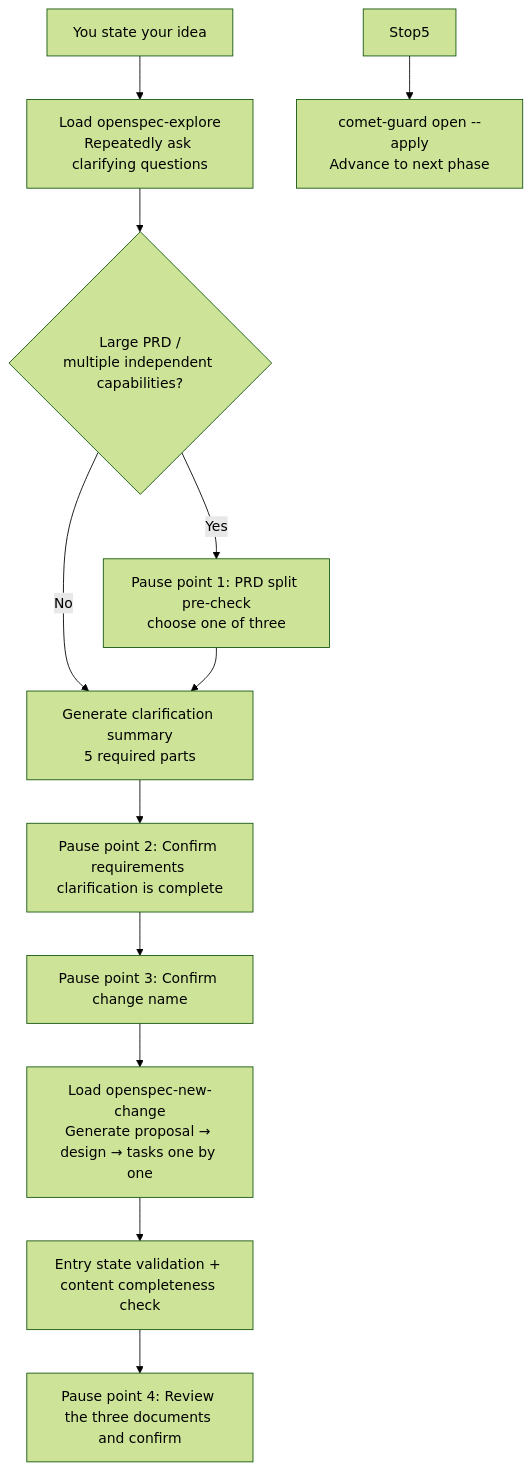
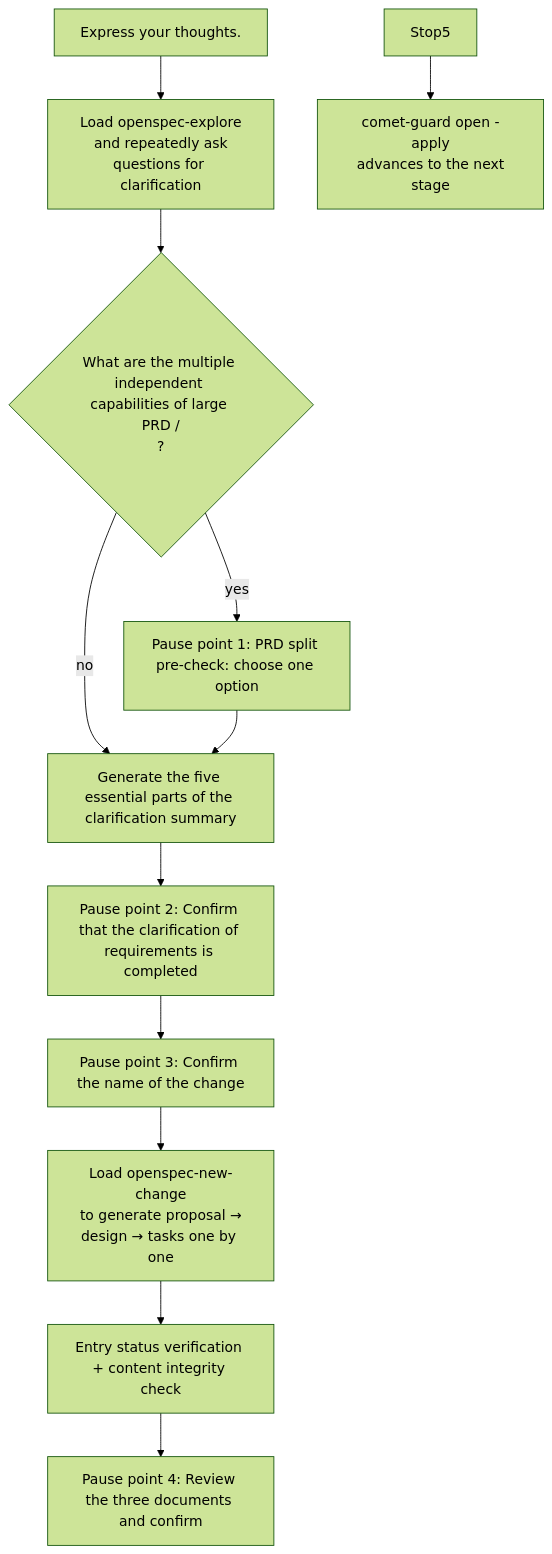
The diagram in en/phases/open.mdx (rpamis/comet-website-docs), drawn with Mermaid (forest theme) before and after one commit. The commit also changed other lines of this file and 158 other files, not shown here.

````diff
--- a/en/phases/open.mdx
+++ b/en/phases/open.mdx
@@ -60,14 +57,14 @@
 ```mermaid
 flowchart TD
-    Start["You state your idea"] --> S1["Load openspec-explore<br/>Repeatedly ask clarifying questions"]
-    S1 --> S1a{"Large PRD /<br/>multiple independent capabilities?"}
-    S1a -->|Yes| Stop1["Pause point 1: PRD split pre-check<br/>choose one of three"]
-    S1a -->|No| S1sum["Generate clarification summary<br/>5 required parts"]
+    Start["Express your thoughts."] --> S1["Load openspec-explore<br/> and repeatedly ask questions for clarification"]
+    S1 --> S1a{"What are the multiple independent capabilities of large PRD /<br/>?"}
+    S1a -->|yes| Stop1["Pause point 1: PRD split pre-check: choose one option<br/>"]
+    S1a -->|no| S1sum["Generate the five essential parts of the clarification summary<br/>"]
     Stop1 --> S1sum
-    S1sum --> Stop2["Pause point 2: Confirm requirements clarification is complete"]
-    Stop2 --> Stop3["Pause point 3: Confirm change name"]
-    Stop3 --> S2["Load openspec-new-change<br/>Generate proposal → design → tasks one by one"]
-    S2 --> S3["Entry state validation + content completeness check"]
+    S1sum --> Stop2["Pause point 2: Confirm that the clarification of requirements is completed"]
+    Stop2 --> Stop3["Pause point 3: Confirm the name of the change"]
+    Stop3 --> S2["Load openspec-new-change<br/> to generate proposal → design → tasks one by one"]
+    S2 --> S3["Entry status verification + content integrity check"]
     S3 --> Stop4["Pause point 4: Review the three documents and confirm"]
-    Stop5 --> Exit["comet-guard open --apply<br/>Advance to next phase"]
+    Stop5 --> Exit["comet-guard open -apply<br/> advances to the next stage"]
 ```
````
